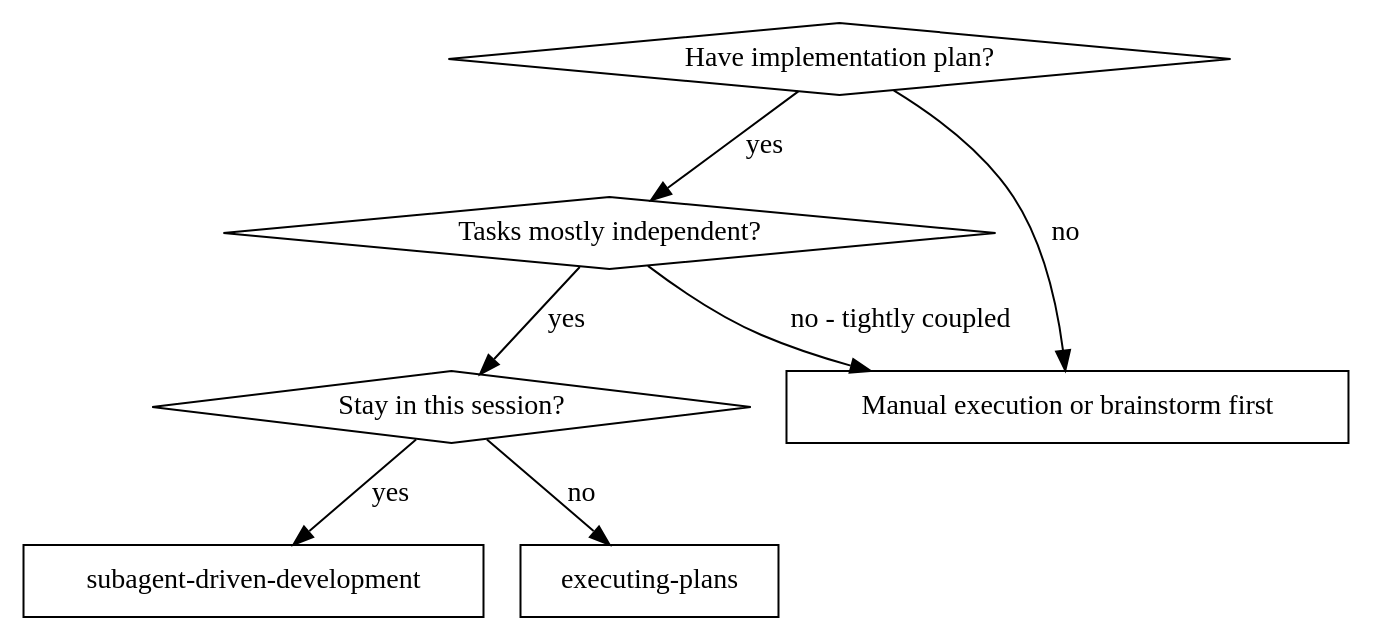
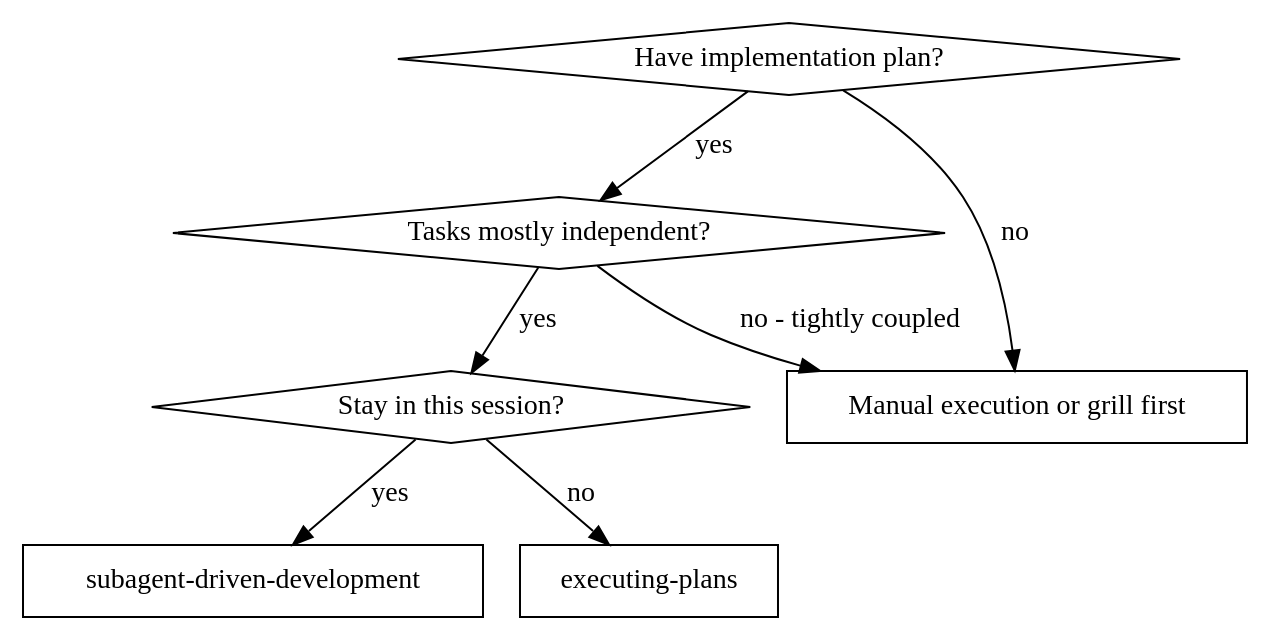
The diagram in src/eThangAgent.Skill.Domain/skills/subagent-driven-development/SKILL.md (eglove/ethang-agent), drawn with Graphviz before and after one commit. The commit also changed 9 other files, not shown here.

````diff
--- a/src/eThangAgent.Skill.Domain/skills/subagent-driven-development/SKILL.md
+++ b/src/eThangAgent.Skill.Domain/skills/subagent-driven-development/SKILL.md
@@ -26,17 +26,17 @@
 ```dot
 digraph when_to_use {
     "Have implementation plan?" [shape=diamond];
     "Tasks mostly independent?" [shape=diamond];
     "Stay in this session?" [shape=diamond];
     "subagent-driven-development" [shape=box];
     "executing-plans" [shape=box];
-    "Manual execution or brainstorm first" [shape=box];
+    "Manual execution or grill first" [shape=box];
 
     "Have implementation plan?" -> "Tasks mostly independent?" [label="yes"];
-    "Have implementation plan?" -> "Manual execution or brainstorm first" [label="no"];
+    "Have implementation plan?" -> "Manual execution or grill first" [label="no"];
     "Tasks mostly independent?" -> "Stay in this session?" [label="yes"];
-    "Tasks mostly independent?" -> "Manual execution or brainstorm first" [label="no - tightly coupled"];
+    "Tasks mostly independent?" -> "Manual execution or grill first" [label="no - tightly coupled"];
     "Stay in this session?" -> "subagent-driven-development" [label="yes"];
     "Stay in this session?" -> "executing-plans" [label="no"];
 }
 ```
````
